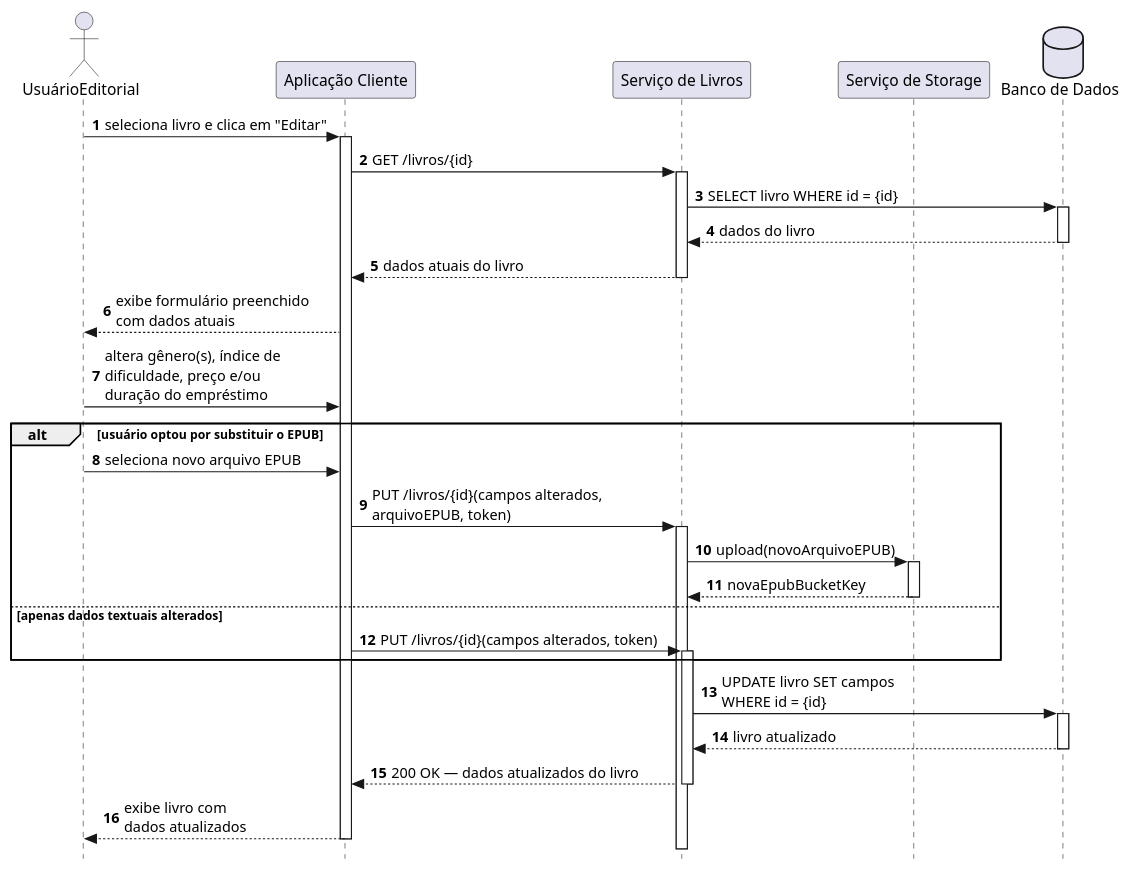
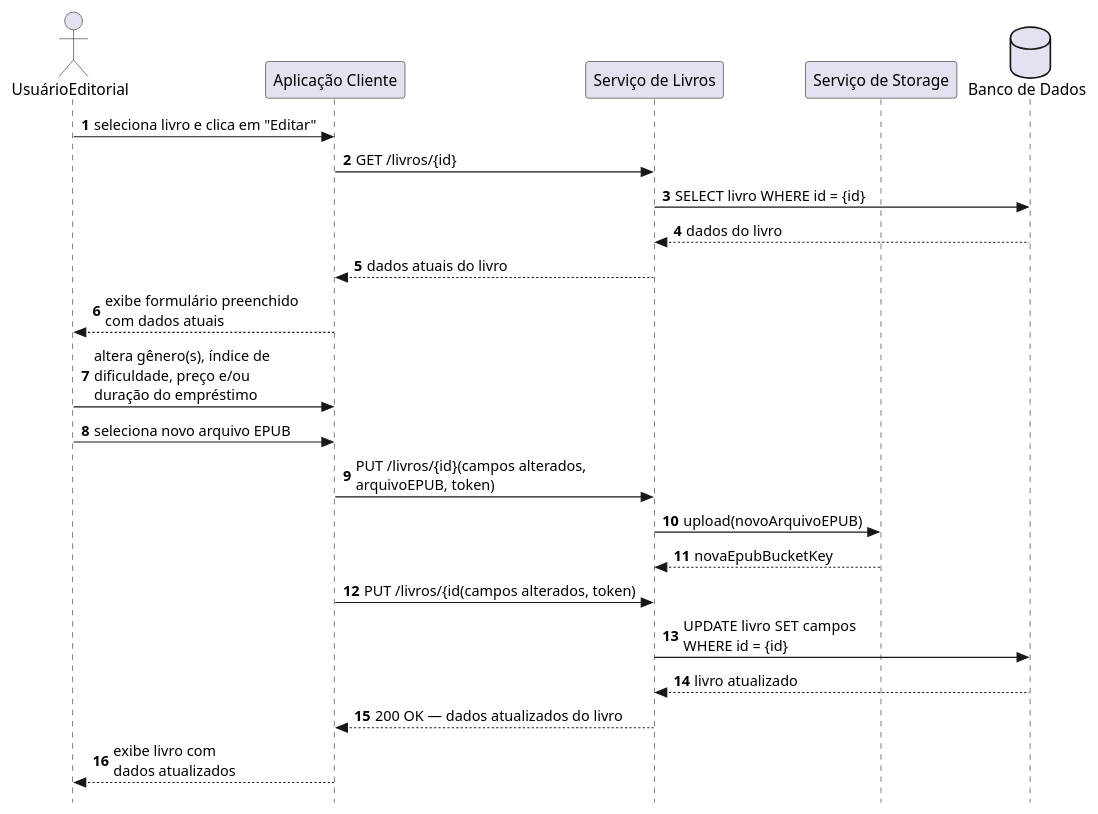
One commit to jalv21/iLib changed the diagram in docs/codigo-plantuml/diagramas-comunicacao/livros/dc-editar_livros.puml. Above: the diagram before and after it, drawn with PlantUML.

Commit message:
docs/criando diagrama de comunicação para editar livros

```diff
--- a/docs/codigo-plantuml/diagramas-comunicacao/livros/dc-editar_livros.puml
+++ b/docs/codigo-plantuml/diagramas-comunicacao/livros/dc-editar_livros.puml
@@ -1,51 +1,36 @@
-@startuml ds-editar_livros
+@startuml dc-editar_livros
 autonumber
 skinparam style strictuml
 
 actor UsuarioEditorial as "UsuárioEditorial"
 participant Client         as "Aplicação Cliente"
 participant ServiceLivros  as "Serviço de Livros"
 participant StorageService as "Serviço de Storage"
 database    BD             as "Banco de Dados"
 
 UsuarioEditorial -> Client : seleciona livro e clica em "Editar"
-activate Client
 
 Client -> ServiceLivros : GET /livros/{id}
-activate ServiceLivros
 ServiceLivros -> BD : SELECT livro WHERE id = {id}
-activate BD
 BD --> ServiceLivros : dados do livro
-deactivate BD
 ServiceLivros --> Client : dados atuais do livro
-deactivate ServiceLivros
 
 Client --> UsuarioEditorial : exibe formulário preenchido\ncom dados atuais
 
 UsuarioEditorial -> Client : altera gênero(s), índice de\ndificuldade, preço e/ou\nduração do empréstimo
 
-alt usuário optou por substituir o EPUB
-    UsuarioEditorial -> Client : seleciona novo arquivo EPUB
-    Client -> ServiceLivros : PUT /livros/{id}(campos alterados,\narquivoEPUB, token)
-    activate ServiceLivros
-    ServiceLivros -> StorageService : upload(novoArquivoEPUB)
-    activate StorageService
-    StorageService --> ServiceLivros : novaEpubBucketKey
-    deactivate StorageService
-else apenas dados textuais alterados
-    Client -> ServiceLivros : PUT /livros/{id}(campos alterados, token)
-    activate ServiceLivros
-end
+UsuarioEditorial -> Client : seleciona novo arquivo EPUB
+Client -> ServiceLivros : PUT /livros/{id}(campos alterados,\narquivoEPUB, token)
+ServiceLivros -> StorageService : upload(novoArquivoEPUB)
+StorageService --> ServiceLivros : novaEpubBucketKey
+Client -> ServiceLivros : PUT /livros/{id(campos alterados, token)
+
 
 ServiceLivros -> BD : UPDATE livro SET campos\nWHERE id = {id}
-activate BD
 BD --> ServiceLivros : livro atualizado
-deactivate BD
 
 ServiceLivros --> Client : 200 OK — dados atualizados do livro
-deactivate ServiceLivros
 
 Client --> UsuarioEditorial : exibe livro com\ndados atualizados
-deactivate Client
 
 @enduml
```
